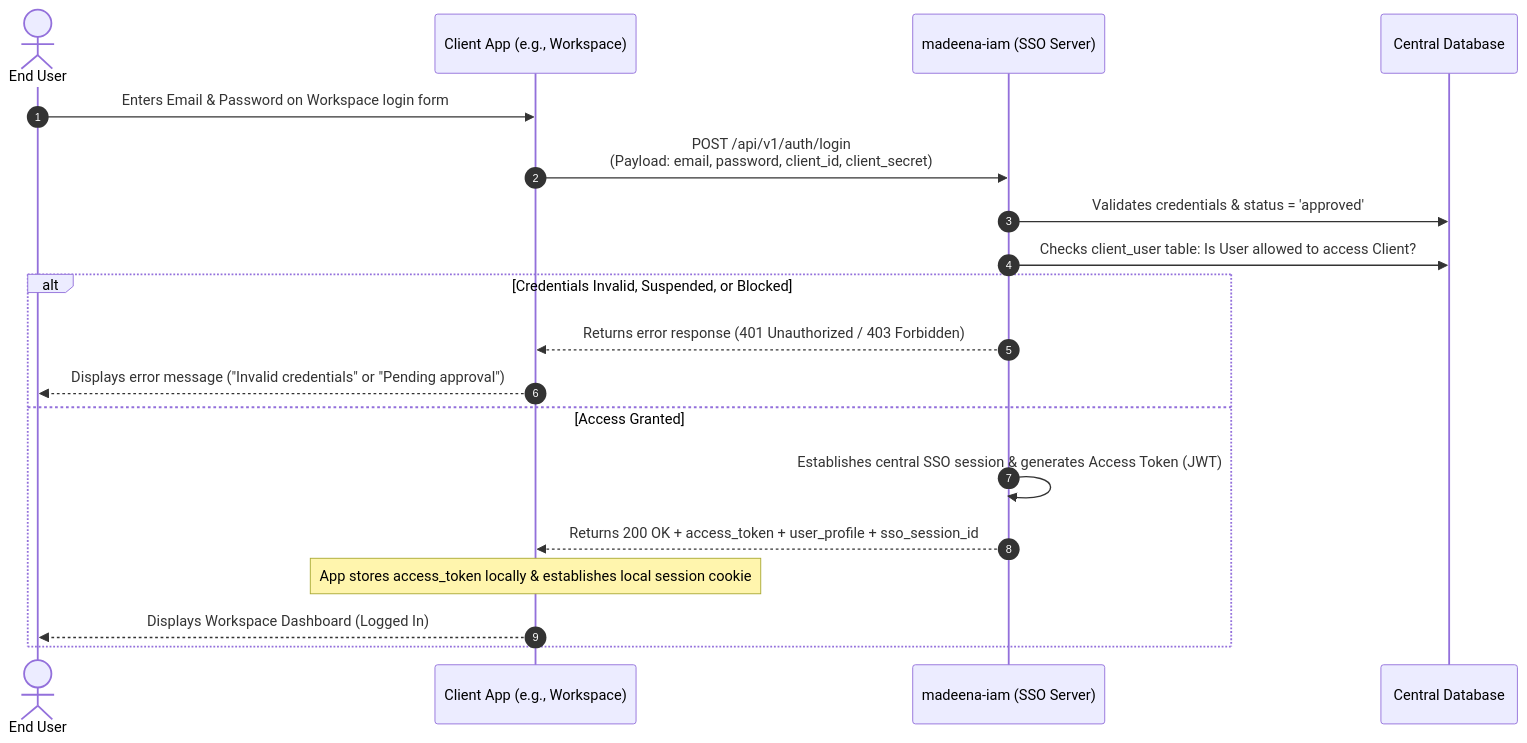
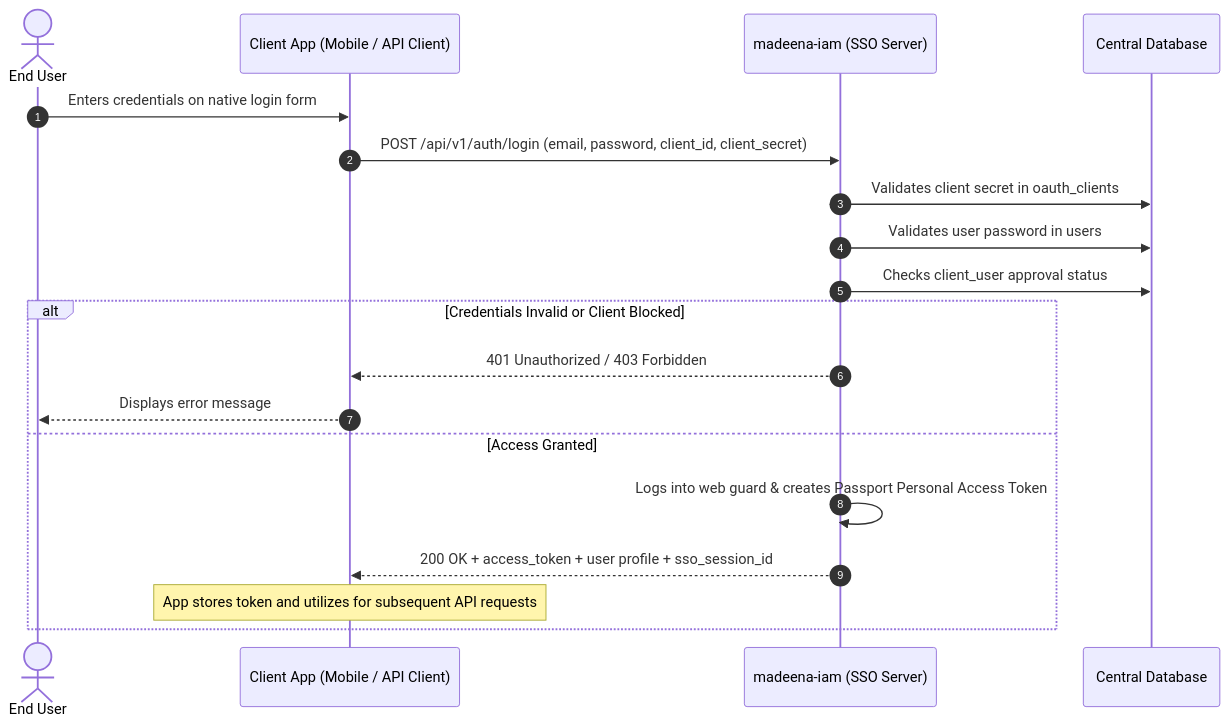
The third of 4 diagrams in docs/madeena_iam_prd.md (Madeena-software/madeena-iam), drawn with Mermaid before and after one commit. The commit also changed other lines of this file and 3 other files, not shown here.

Commit message:
docs: reconcile product, repository, and production architecture

````diff
--- a/docs/madeena_iam_prd.md
+++ b/docs/madeena_iam_prd.md
@@ -272,24 +257,24 @@
 ```mermaid
 sequenceDiagram
     autonumber
     actor User as End User
-    participant App as Client App (e.g., Workspace)
+    participant App as Client App (Mobile / API Client)
     participant IAM as madeena-iam (SSO Server)
     participant DB as Central Database
 
-    User->>App: Enters Email & Password on Workspace login form
-    App->>IAM: POST /api/v1/auth/login<br>(Payload: email, password, client_id, client_secret)
+    User->>App: Enters credentials on native login form
+    App->>IAM: POST /api/v1/auth/login (email, password, client_id, client_secret)
     
-    IAM->>DB: Validates credentials & status = 'approved'
-    IAM->>DB: Checks client_user table: Is User allowed to access Client?
+    IAM->>DB: Validates client secret in oauth_clients
+    IAM->>DB: Validates user password in users
+    IAM->>DB: Checks client_user approval status
     
-    alt Credentials Invalid, Suspended, or Blocked
-        IAM-->>App: Returns error response (401 Unauthorized / 403 Forbidden)
-        App-->>User: Displays error message ("Invalid credentials" or "Pending approval")
+    alt Credentials Invalid or Client Blocked
+        IAM-->>App: 401 Unauthorized / 403 Forbidden
+        App-->>User: Displays error message
     else Access Granted
-        IAM->>IAM: Establishes central SSO session & generates Access Token (JWT)
-        IAM-->>App: Returns 200 OK + access_token + user_profile + sso_session_id
-        Note over App: App stores access_token locally & establishes local session cookie
-        App-->>User: Displays Workspace Dashboard (Logged In)
+        IAM->>IAM: Logs into web guard & creates Passport Personal Access Token
+        IAM-->>App: 200 OK + access_token + user profile + sso_session_id
+        Note over App: App stores token and utilizes for subsequent API requests
     end
 ```
````
